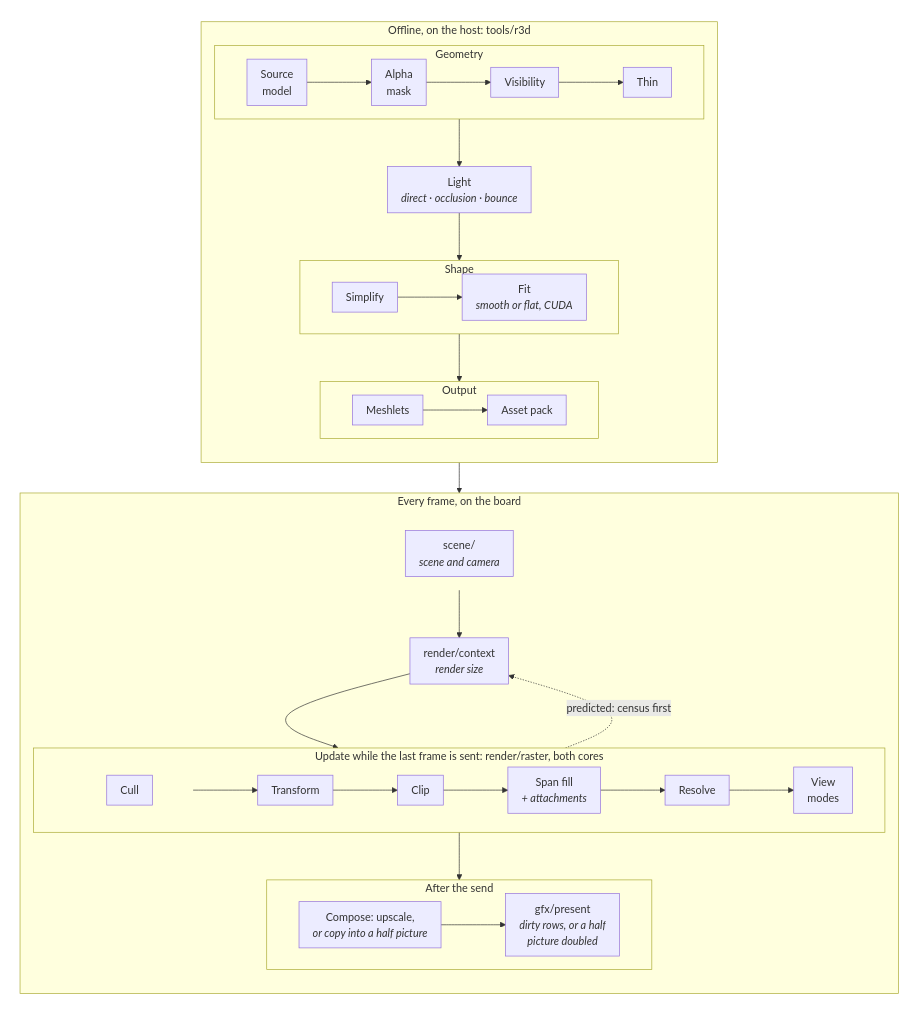
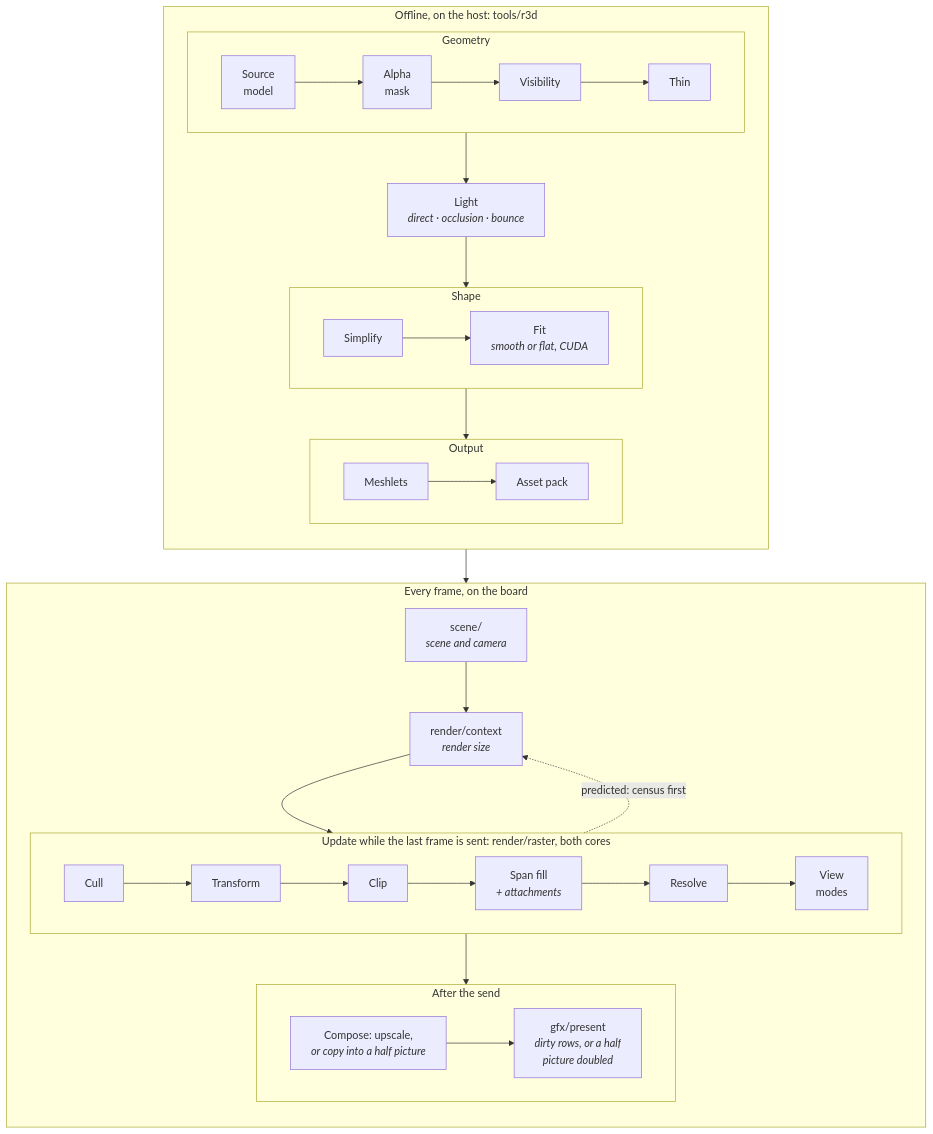
One commit to jose-villegas/autana changed the diagram in docs/render/Render-Pipeline.md. Above: the diagram before and after it, drawn with Mermaid.

Commit message:
docs: the pipeline diagram links groups, not nodes across groups, so GitHub keeps each row

````diff
--- a/docs/render/Render-Pipeline.md
+++ b/docs/render/Render-Pipeline.md
@@ -40,49 +40,36 @@
 ```mermaid
-%%{init: {'flowchart': {'nodeSpacing': 20, 'rankSpacing': 20, 'padding': 10}}}%%
-flowchart LR
-    subgraph Pipeline[" "]
+flowchart TB
+    subgraph Host["Offline, on the host: tools/r3d"]
         direction TB
-        subgraph Host["Offline, on the host: tools/r3d"]
-            direction TB
-            subgraph Geometry["Geometry"]
-                direction LR
-                Src["Source<br/>model"] --> Mask["Alpha<br/>mask"] --> Vis["Visibility"] --> Thin["Thin"]
-            end
-            Light["Light<br/><i>direct · occlusion · bounce</i>"]
-            subgraph Shape["Shape"]
-                direction LR
-                Simp["Simplify"] --> Fit["Fit<br/><i>smooth or flat, CUDA</i>"]
-            end
-            subgraph Output["Output"]
-                direction LR
-                Mesh["Meshlets"] --> Pack["Asset pack"]
-            end
-            Geometry --> Light --> Shape --> Output
+        subgraph Geometry["Geometry"]
+            direction LR
+            Src["Source<br/>model"] --> Mask["Alpha<br/>mask"] --> Vis["Visibility"] --> Thin["Thin"]
         end
-        subgraph Board["Every frame, on the board"]
-            direction TB
-            subgraph SceneOwner[" "]
-                Scene["scene/<br/><i>scene and camera</i>"]
-            end
-            SceneOwner --> Size["render/context<br/><i>render size</i>"]
-            subgraph Update["Update while the last frame is sent: render/raster, both cores"]
-                direction LR
-                subgraph Census[" "]
-                    Cull["Cull"]
-                end
-                Census --> Xf["Transform"] --> Clip["Clip"] --> Fill["Span fill<br/><i>+ attachments</i>"] --> Res["Resolve"] --> View["View<br/>modes"]
-            end
-            subgraph After["After the send"]
-                direction LR
-                Up["Compose: upscale,<br/><i>or copy into a half picture</i>"] --> Present["gfx/present<br/><i>dirty rows, or a half<br/>picture doubled</i>"]
-            end
-            Size --> Census
-            Census -. "predicted: census first" .-> Size
-            Update --> After
+        Light["Light<br/><i>direct · occlusion · bounce</i>"]
+        subgraph Shape["Shape"]
+            direction LR
+            Simp["Simplify"] --> Fit["Fit<br/><i>smooth or flat, CUDA</i>"]
         end
-        Output --> SceneOwner
+        subgraph Output["Output"]
+            direction LR
+            Mesh["Meshlets"] --> Pack["Asset pack"]
+        end
+        Geometry --> Light --> Shape --> Output
     end
-    style Pipeline fill:none,stroke:none
-    style SceneOwner fill:none,stroke:none
-    style Census fill:none,stroke:none
+    subgraph Board["Every frame, on the board"]
+        direction TB
+        Scene["scene/<br/><i>scene and camera</i>"] --> Size["render/context<br/><i>render size</i>"]
+        subgraph Update["Update while the last frame is sent: render/raster, both cores"]
+            direction LR
+            Cull["Cull"] --> Xf["Transform"] --> Clip["Clip"] --> Fill["Span fill<br/><i>+ attachments</i>"] --> Res["Resolve"] --> View["View<br/>modes"]
+        end
+        subgraph After["After the send"]
+            direction LR
+            Up["Compose: upscale,<br/><i>or copy into a half picture</i>"] --> Present["gfx/present<br/><i>dirty rows, or a half<br/>picture doubled</i>"]
+        end
+        Size --> Update
+        Update -. "predicted: census first" .-> Size
+        Update --> After
+    end
+    Output --> Board
 ```
````
